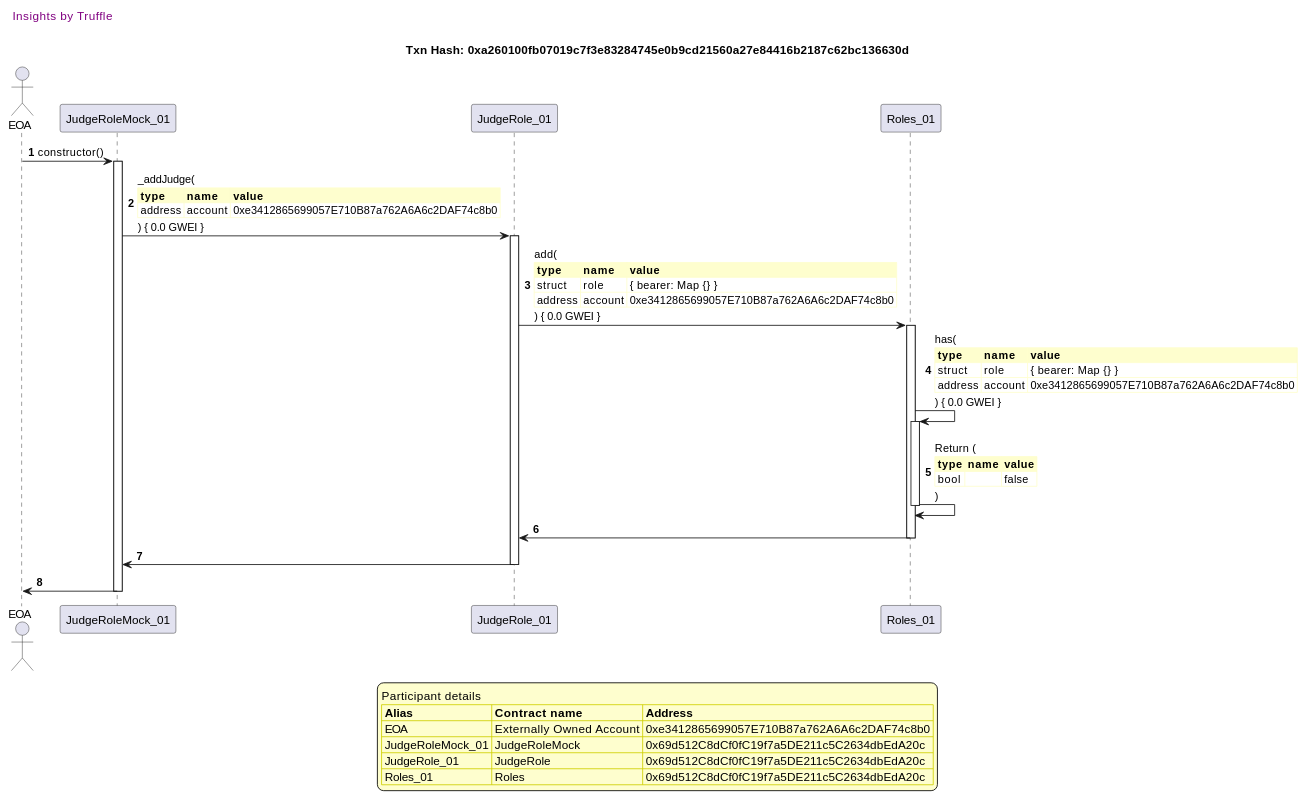
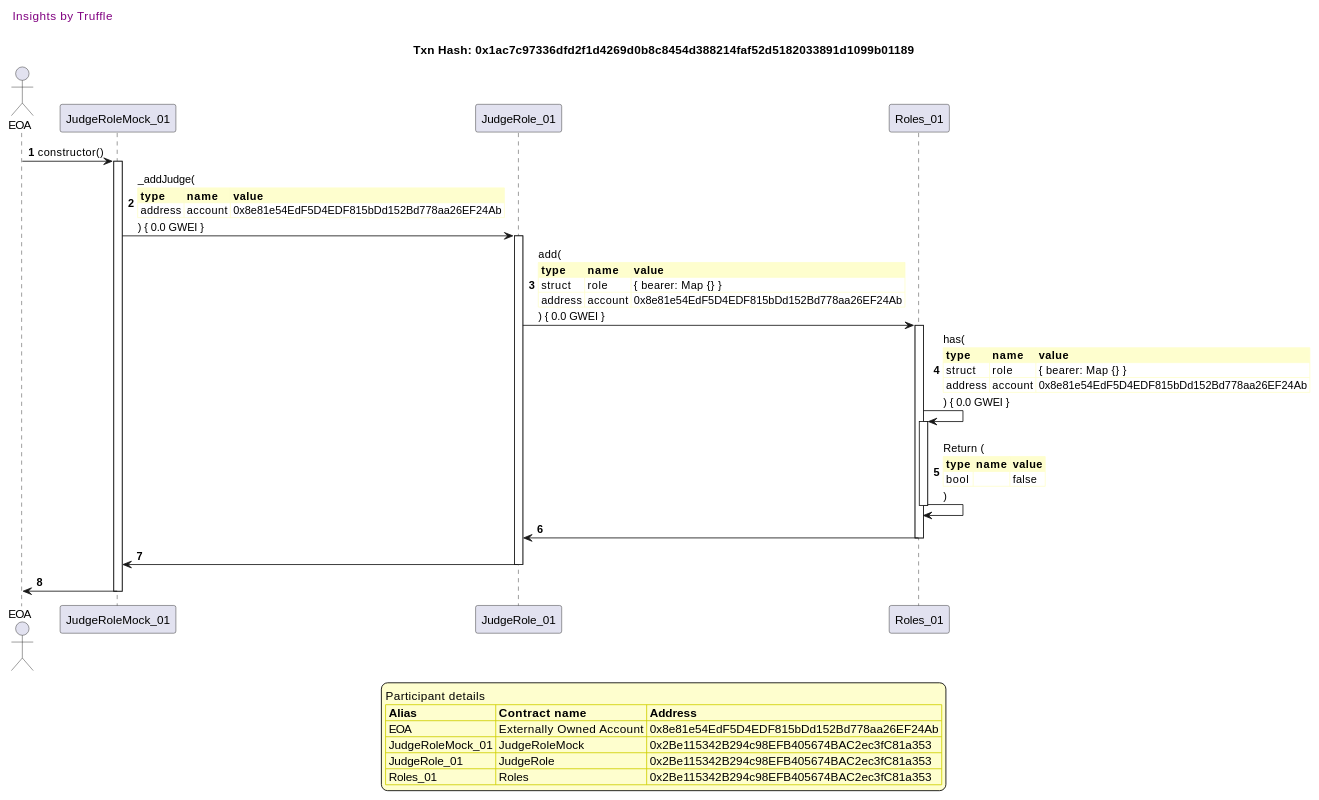
Before and after one commit to fodisi/hackapay: the third of 41 diagrams in truffle-seq/roles_judgerole.md, drawn with PlantUML. The commit also changed other lines of this file and 10 other files, not shown here.

````diff
--- a/truffle-seq/roles_judgerole.md
+++ b/truffle-seq/roles_judgerole.md
@@ -172,61 +172,61 @@
 ```plantuml
 
 
 @startuml
 
 autonumber
 skinparam legendBackgroundColor #FEFECE
 
 <style>
       header {
         HorizontalAlignment left
         FontColor purple
         FontSize 14
         Padding 10
       }
     </style>
 
 header Insights by Truffle
 
-title Txn Hash: 0xa260100fb07019c7f3e83284745e0b9cd21560a27e84416b2187c62bc136630d
+title Txn Hash: 0x1ac7c97336dfd2f1d4269d0b8c8454d388214faf52d5182033891d1099b01189
 
 
 actor EOA as "EOA"
 participant JudgeRoleMock_01 as "JudgeRoleMock_01"
 participant JudgeRole_01 as "JudgeRole_01"
 participant Roles_01 as "Roles_01"
 
 "EOA" -> "JudgeRoleMock_01" ++: constructor()
 "JudgeRoleMock_01" -> "JudgeRole_01" ++: _addJudge(\n\
 <#FEFECE,#FEFECE>|= type |= name |= value |\n\
-| address | account | 0xe3412865699057E710B87a762A6A6c2DAF74c8b0 |\n\
+| address | account | 0x8e81e54EdF5D4EDF815bDd152Bd778aa26EF24Ab |\n\
 ) { 0.0 GWEI }
 "JudgeRole_01" -> "Roles_01" ++: add(\n\
 <#FEFECE,#FEFECE>|= type |= name |= value |\n\
 | struct | role | { bearer: Map {} } |\n\
-| address | account | 0xe3412865699057E710B87a762A6A6c2DAF74c8b0 |\n\
+| address | account | 0x8e81e54EdF5D4EDF815bDd152Bd778aa26EF24Ab |\n\
 ) { 0.0 GWEI }
 "Roles_01" -> "Roles_01" ++: has(\n\
 <#FEFECE,#FEFECE>|= type |= name |= value |\n\
 | struct | role | { bearer: Map {} } |\n\
-| address | account | 0xe3412865699057E710B87a762A6A6c2DAF74c8b0 |\n\
+| address | account | 0x8e81e54EdF5D4EDF815bDd152Bd778aa26EF24Ab |\n\
 ) { 0.0 GWEI }
 "Roles_01" -> "Roles_01" --: Return (\n\
 <#FEFECE,#FEFECE>|= type |= name |= value |\n\
 | bool |  | false |\n\
 )
 "Roles_01" -> "JudgeRole_01" --: 
 "JudgeRole_01" -> "JudgeRoleMock_01" --: 
 "JudgeRoleMock_01" -> "EOA" --: 
 
 legend
 Participant details
 <#FEFECE,#D0D000>|= Alias |= Contract name |= Address |
-<#FEFECE>| EOA | Externally Owned Account | 0xe3412865699057E710B87a762A6A6c2DAF74c8b0 |
-<#FEFECE>| JudgeRoleMock_01 | JudgeRoleMock | 0x69d512C8dCf0fC19f7a5DE211c5C2634dbEdA20c |
-<#FEFECE>| JudgeRole_01 | JudgeRole | 0x69d512C8dCf0fC19f7a5DE211c5C2634dbEdA20c |
-<#FEFECE>| Roles_01 | Roles | 0x69d512C8dCf0fC19f7a5DE211c5C2634dbEdA20c |
+<#FEFECE>| EOA | Externally Owned Account | 0x8e81e54EdF5D4EDF815bDd152Bd778aa26EF24Ab |
+<#FEFECE>| JudgeRoleMock_01 | JudgeRoleMock | 0x2Be115342B294c98EFB405674BAC2ec3fC81a353 |
+<#FEFECE>| JudgeRole_01 | JudgeRole | 0x2Be115342B294c98EFB405674BAC2ec3fC81a353 |
+<#FEFECE>| Roles_01 | Roles | 0x2Be115342B294c98EFB405674BAC2ec3fC81a353 |
 endlegend
 
 @enduml
 ```
````
